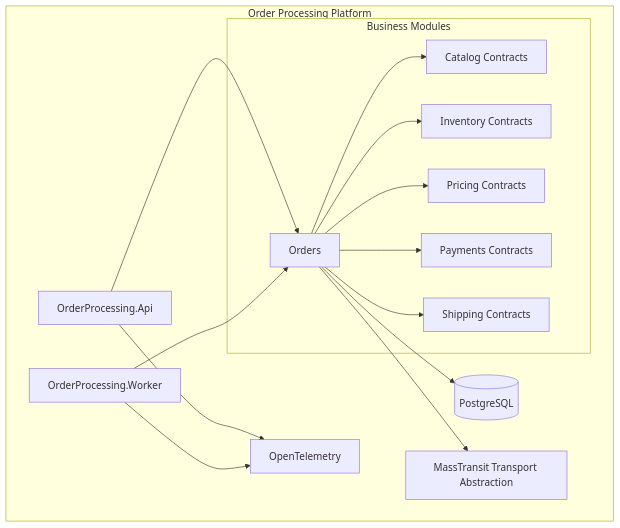
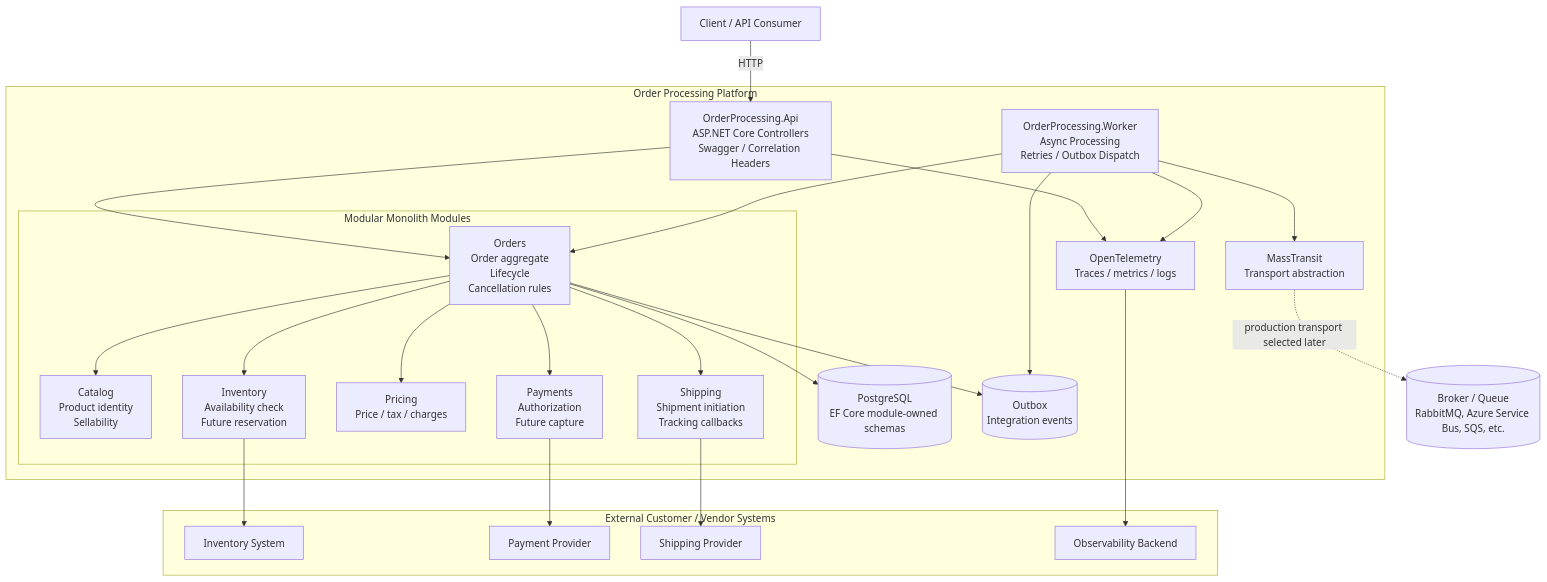
The first of 2 diagrams in docs/diagrams/architecture-diagrams.md (ageroh/order-processing-platform), drawn with Mermaid before and after one commit. The commit also changed other lines of this file and 2 other files, not shown here.

Commit message:
Update  diagrams and design memory

````diff
--- a/docs/diagrams/architecture-diagrams.md
+++ b/docs/diagrams/architecture-diagrams.md
@@ -25,32 +7,55 @@
 ```mermaid
 flowchart TB
+    Client[Client / API Consumer]
+
     subgraph Platform[Order Processing Platform]
-        Api[OrderProcessing.Api]
-        Worker[OrderProcessing.Worker]
+        Api[OrderProcessing.Api<br/>ASP.NET Core Controllers<br/>Swagger / Correlation Headers]
+        Worker[OrderProcessing.Worker<br/>Async Processing<br/>Retries / Outbox Dispatch]
 
-        subgraph Modules[Business Modules]
-            Orders[Orders]
-            Catalog[Catalog Contracts]
-            Inventory[Inventory Contracts]
-            Pricing[Pricing Contracts]
-            Payments[Payments Contracts]
-            Shipping[Shipping Contracts]
+        subgraph Modules[Modular Monolith Modules]
+            Orders[Orders<br/>Order aggregate<br/>Lifecycle<br/>Cancellation rules]
+            Catalog[Catalog<br/>Product identity<br/>Sellability]
+            Inventory[Inventory<br/>Availability check<br/>Future reservation]
+            Pricing[Pricing<br/>Price / tax / charges]
+            Payments[Payments<br/>Authorization<br/>Future capture]
+            Shipping[Shipping<br/>Shipment initiation<br/>Tracking callbacks]
         end
 
-        Db[(PostgreSQL)]
-        Broker[MassTransit Transport Abstraction]
-        Otel[OpenTelemetry]
+        Db[(PostgreSQL<br/>EF Core module-owned schemas)]
+        Outbox[(Outbox<br/>Integration events)]
+        Bus[MassTransit<br/>Transport abstraction]
+        Otel[OpenTelemetry<br/>Traces / metrics / logs]
     end
 
+    subgraph External[External Customer / Vendor Systems]
+        ExternalInventory[Inventory System]
+        PaymentProvider[Payment Provider]
+        ShippingProvider[Shipping Provider]
+        ObservabilityBackend[Observability Backend]
+    end
+
+    Client -->|HTTP| Api
     Api --> Orders
     Worker --> Orders
+
     Orders --> Catalog
+    Orders --> Pricing
     Orders --> Inventory
-    Orders --> Pricing
     Orders --> Payments
     Orders --> Shipping
+
     Orders --> Db
-    Orders --> Broker
+    Orders --> Outbox
+    Worker --> Outbox
+    Worker --> Bus
+
+    Inventory --> ExternalInventory
+    Payments --> PaymentProvider
+    Shipping --> ShippingProvider
+
     Api --> Otel
     Worker --> Otel
+    Otel --> ObservabilityBackend
+
+    Bus -. production transport selected later .-> Transport[(Broker / Queue<br/>RabbitMQ, Azure Service Bus, SQS, etc.)]
 ```
````
